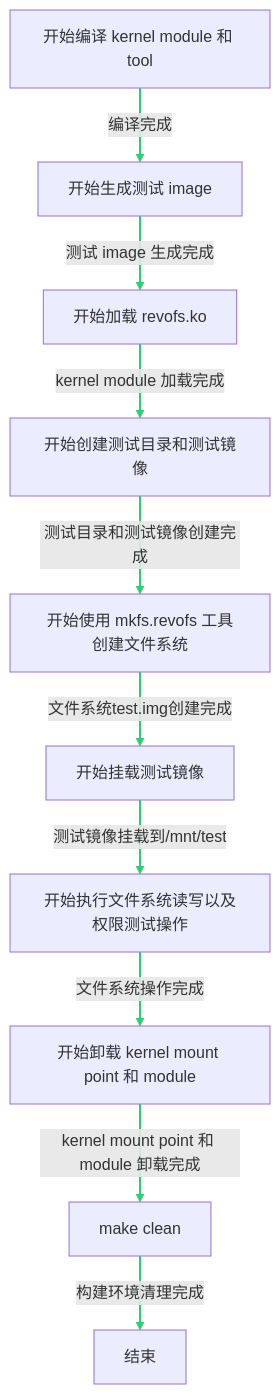
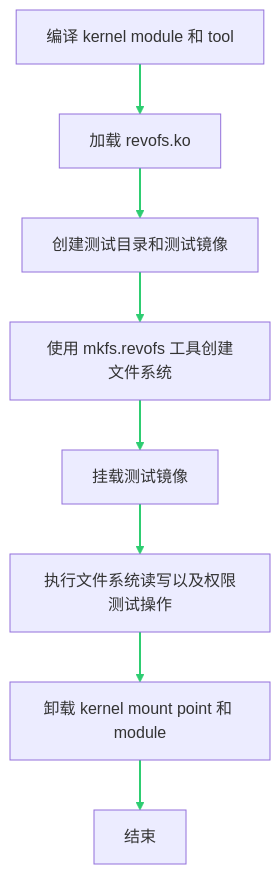
One commit to dekrt/revoFS changed the second of 5 diagrams in README.md. Above: the diagram before and after it, drawn with Mermaid. The commit also changed other lines of this file and 14 other files, not shown here.

````diff
--- a/README.md
+++ b/README.md
@@ -55,22 +55,18 @@
 ```mermaid
 graph TB
-  BC["开始编译 kernel module 和 tool"]
-  BC -- "编译完成" --> GI["开始生成测试 image"]
-  GI -- "测试 image 生成完成" --> LKM["开始加载 revofs.ko"]
-  LKM -- "kernel module 加载完成" --> CTDI["开始创建测试目录和测试镜像"]
-  CTDI -- "测试目录和测试镜像创建完成" --> MKFS["开始使用 mkfs.revofs 工具创建文件系统"]
-  MKFS -- "文件系统test.img创建完成" --> MT["开始挂载测试镜像"]
-  MT -- "测试镜像挂载到/mnt/test" --> FSOP["开始执行文件系统读写以及权限测试操作"]
-  FSOP -- "文件系统操作完成" --> UM["开始卸载 kernel mount point 和 module"]
-  UM -- "kernel mount point 和 module 卸载完成" --> CC["make clean"]
-  CC -- "构建环境清理完成" --> END["结束"]
+  BC["编译 kernel module 和 tool"]
+  BC --> LKM["加载 revofs.ko"]
+  LKM --> CTDI["创建测试目录和测试镜像"]
+  CTDI --> MKFS["使用 mkfs.revofs 工具创建文件系统"]
+  MKFS --> MT["挂载测试镜像"]
+  MT --> FSOP["执行文件系统读写以及权限测试操作"]
+  FSOP --> UM["卸载 kernel mount point 和 module"]
+  UM --> END["结束"]
   linkStyle 0 stroke:#2ecd71,stroke-width:2px;
   linkStyle 1 stroke:#2ecd71,stroke-width:2px;
   linkStyle 2 stroke:#2ecd71,stroke-width:2px;
   linkStyle 3 stroke:#2ecd71,stroke-width:2px;
   linkStyle 4 stroke:#2ecd71,stroke-width:2px;
   linkStyle 5 stroke:#2ecd71,stroke-width:2px;
   linkStyle 6 stroke:#2ecd71,stroke-width:2px;
-  linkStyle 7 stroke:#2ecd71,stroke-width:2px;
-  linkStyle 8 stroke:#2ecd71,stroke-width:2px;
 ```
````
